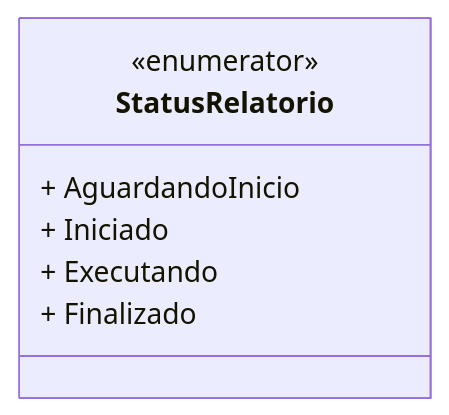
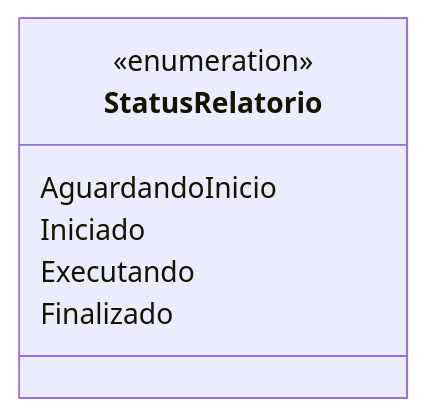
Before and after one commit to IsthmusSistemas/documentacao-tecnica: the diagram in docs/b2b-dominio/IsthmusWinthor.Nucleo/IsthmusWinthor.Dominio/Enumeradores/StatusRelatorio.md, drawn with Mermaid. The commit also changed other lines of this file and 882 other files, not shown here.

````diff
--- a/docs/b2b-dominio/IsthmusWinthor.Nucleo/IsthmusWinthor.Dominio/Enumeradores/StatusRelatorio.md
+++ b/docs/b2b-dominio/IsthmusWinthor.Nucleo/IsthmusWinthor.Dominio/Enumeradores/StatusRelatorio.md
@@ -11,10 +14,10 @@
 ```mermaid
 classDiagram
     class StatusRelatorio {
-        <<enumerator>>
-        + AguardandoInicio
-        + Iniciado
-        + Executando
-        + Finalizado
+        <<enumeration>>
+        AguardandoInicio
+        Iniciado
+        Executando
+        Finalizado
     }
 ```
````
